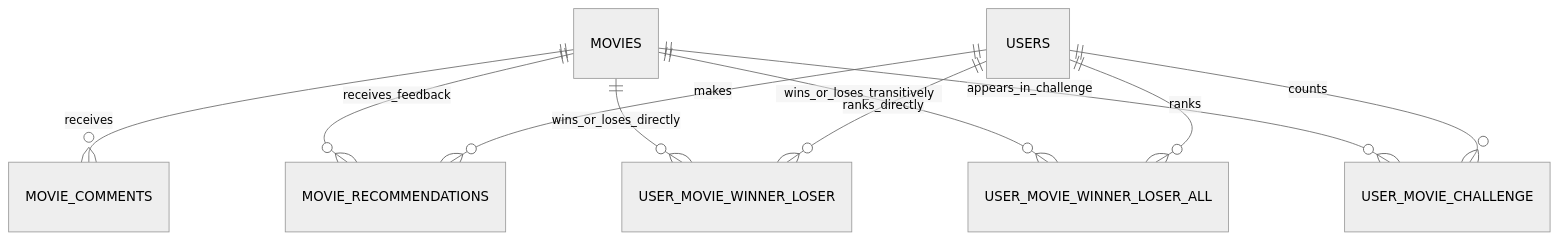
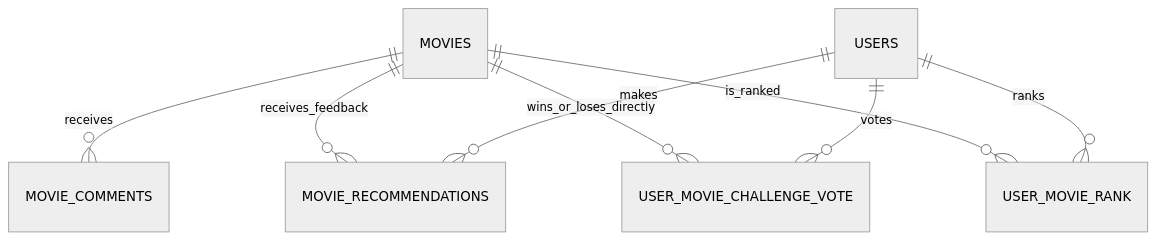
One commit to skyglass/movie-stream-workshop changed the second of 2 diagrams in docs/specs/movie-catalog/entity_model.md. Above: the diagram before and after it, drawn with Mermaid (neutral theme). The commit also changed other lines of this file and 47 other files, not shown here.

````diff
--- a/docs/specs/movie-catalog/entity_model.md
+++ b/docs/specs/movie-catalog/entity_model.md
@@ -48,12 +48,10 @@
 ```mermaid
 erDiagram
     MOVIES ||--o{ MOVIE_COMMENTS : receives
     MOVIES ||--o{ MOVIE_RECOMMENDATIONS : receives_feedback
-    MOVIES ||--o{ USER_MOVIE_WINNER_LOSER : wins_or_loses_directly
-    MOVIES ||--o{ USER_MOVIE_WINNER_LOSER_ALL : wins_or_loses_transitively
-    MOVIES ||--o{ USER_MOVIE_CHALLENGE : appears_in_challenge
+    MOVIES ||--o{ USER_MOVIE_CHALLENGE_VOTE : wins_or_loses_directly
+    MOVIES ||--o{ USER_MOVIE_RANK : is_ranked
     USERS ||--o{ MOVIE_RECOMMENDATIONS : makes
-    USERS ||--o{ USER_MOVIE_WINNER_LOSER : ranks_directly
-    USERS ||--o{ USER_MOVIE_WINNER_LOSER_ALL : ranks
-    USERS ||--o{ USER_MOVIE_CHALLENGE : counts
+    USERS ||--o{ USER_MOVIE_CHALLENGE_VOTE : votes
+    USERS ||--o{ USER_MOVIE_RANK : ranks
 ```
````
